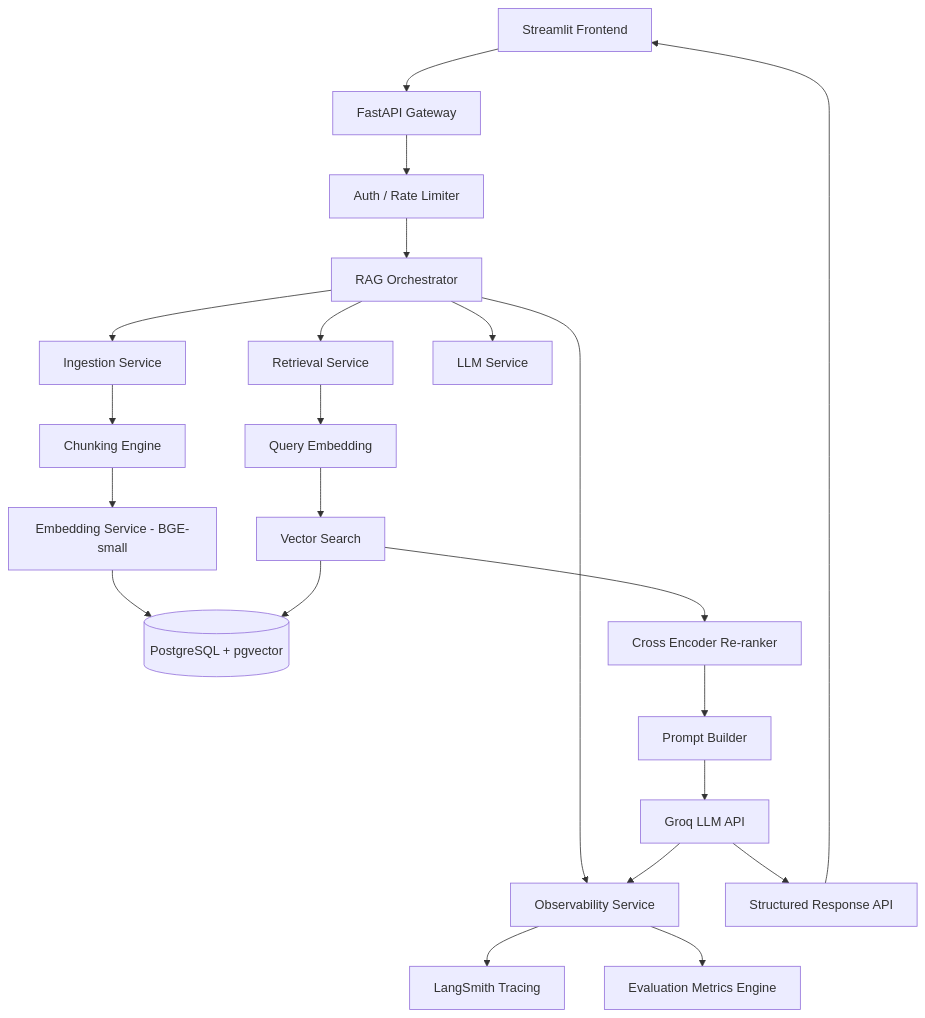
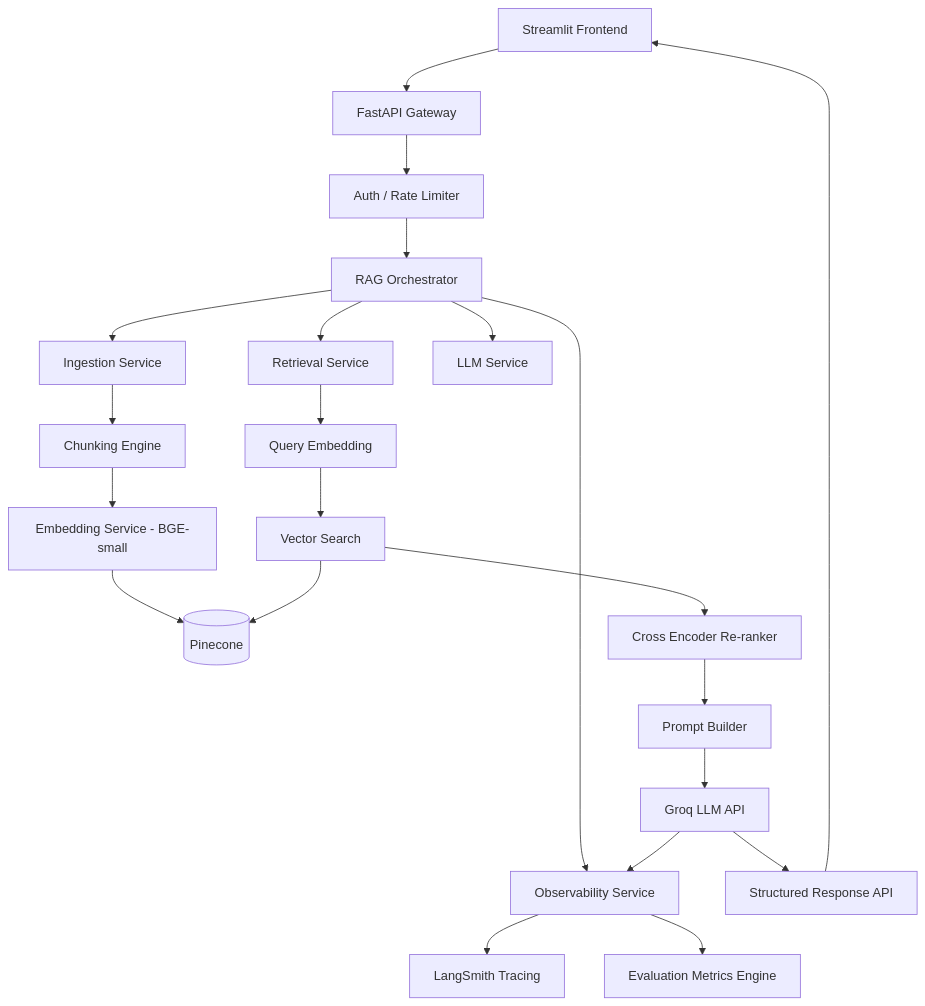
The diagram in README.md (TowhidAhmedd/Multimodel-Rag-With-LLMOps), drawn with Mermaid before and after one commit. The commit also changed other lines of this file, not shown here.

````diff
--- a/README.md
+++ b/README.md
@@ -13,37 +13,37 @@
 ```mermaid
 
 flowchart TD
 
     UI[Streamlit Frontend] --> API[FastAPI Gateway]
 
     API --> AUTH[Auth / Rate Limiter]
     AUTH --> ORCH[RAG Orchestrator]
 
     ORCH --> ING[Ingestion Service]
     ORCH --> RET[Retrieval Service]
     ORCH --> LLM[LLM Service]
     ORCH --> OBS[Observability Service]
 
     ING --> CHUNK[Chunking Engine]
     CHUNK --> EMB[Embedding Service - BGE-small]
-    EMB --> DB[(PostgreSQL + pgvector)]
+    EMB --> DB[(Pinecone)]
 
     RET --> QEMB[Query Embedding]
     QEMB --> SEARCH[Vector Search]
     SEARCH --> DB
     SEARCH --> RERANK[Cross Encoder Re-ranker]
 
     RERANK --> PROMPT[Prompt Builder]
     PROMPT --> LLM_API[Groq LLM API]
 
     LLM_API --> OBS
 
     OBS --> LANGSMITH[LangSmith Tracing]
     OBS --> METRICS[Evaluation Metrics Engine]
 
     LLM_API --> RESPONSE[Structured Response API]
 
     RESPONSE --> UI
 
     
 ```
````
